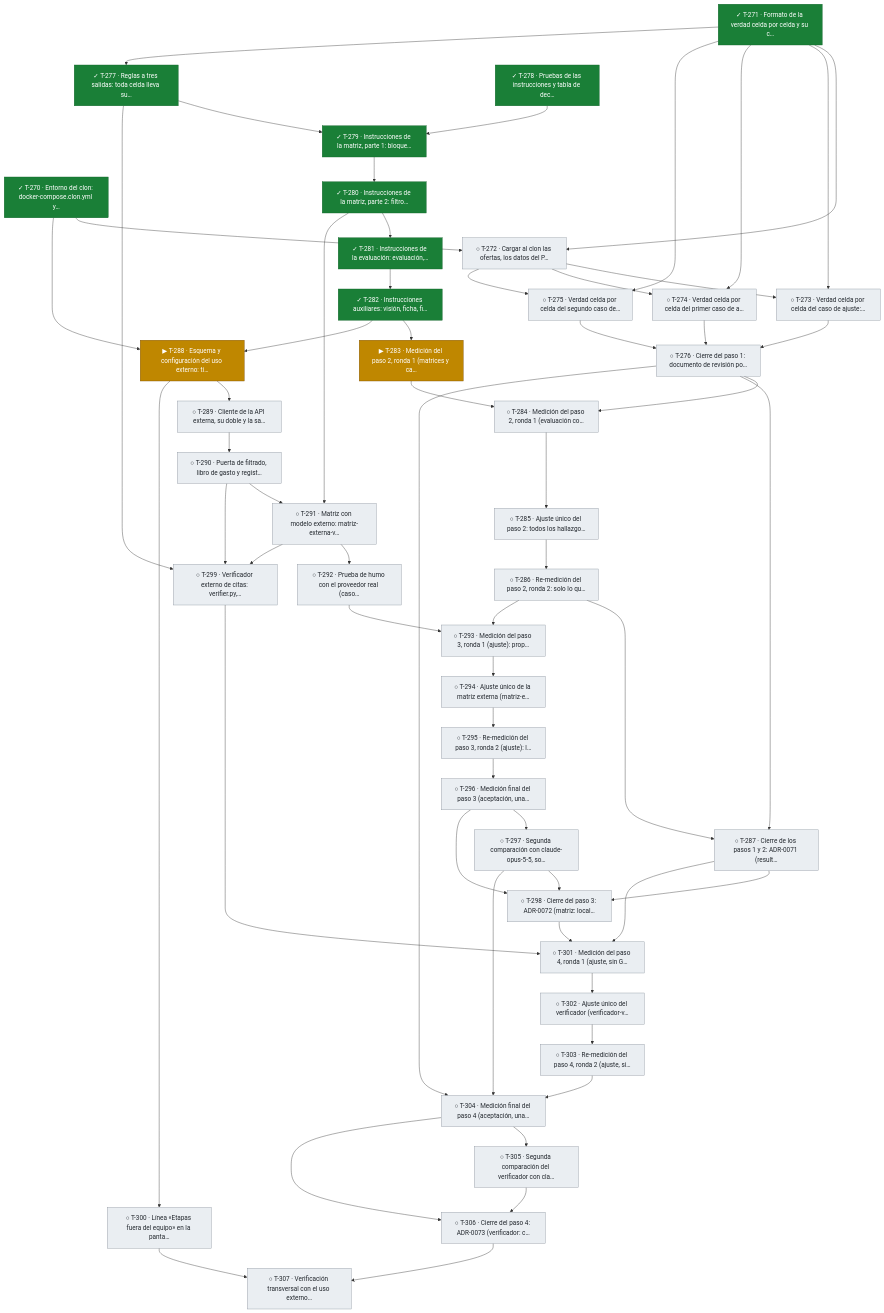
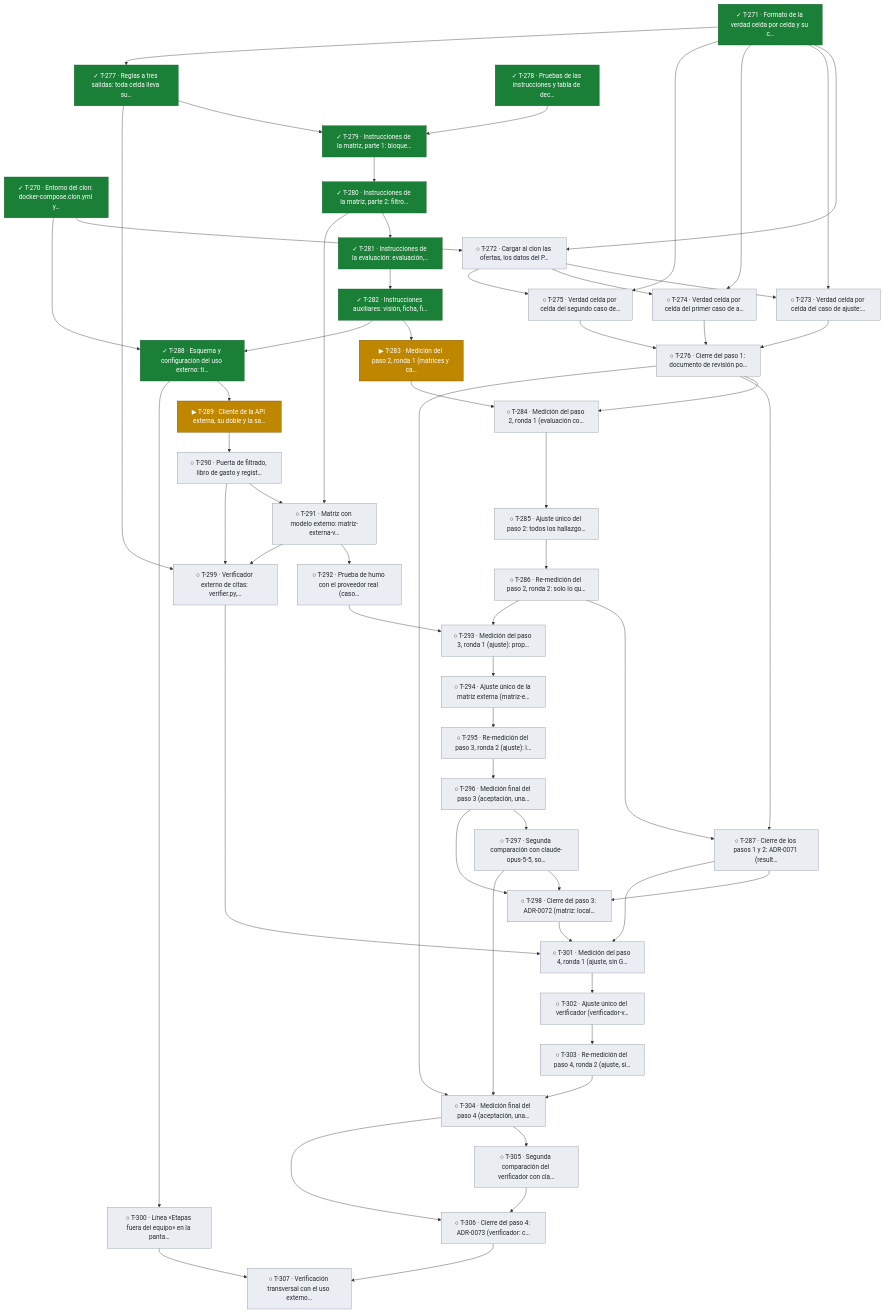
One commit to snavello/EVALUON changed diagram 21 of 21 in docs/tablero.md. Above: the diagram before and after it, drawn with Mermaid. The commit also changed other lines of this file and 1 other file, not shown here.

```diff
--- a/docs/tablero.md
+++ b/docs/tablero.md
@@ -1589,8 +1589,8 @@
   T285["○ T-285 · Ajuste único del paso 2: todos los hallazgo…"]:::todo
   T286["○ T-286 · Re-medición del paso 2, ronda 2: solo lo qu…"]:::todo
   T287["○ T-287 · Cierre de los pasos 1 y 2: ADR-0071 (result…"]:::todo
-  T288["▶ T-288 · Esquema y configuración del uso externo: ti…"]:::active
-  T289["○ T-289 · Cliente de la API externa, su doble y la sa…"]:::todo
+  T288["✓ T-288 · Esquema y configuración del uso externo: ti…"]:::done
+  T289["▶ T-289 · Cliente de la API externa, su doble y la sa…"]:::active
   T290["○ T-290 · Puerta de filtrado, libro de gasto y regist…"]:::todo
   T291["○ T-291 · Matriz con modelo externo: matriz-externa-v…"]:::todo
   T292["○ T-292 · Prueba de humo con el proveedor real (caso…"]:::todo
```
